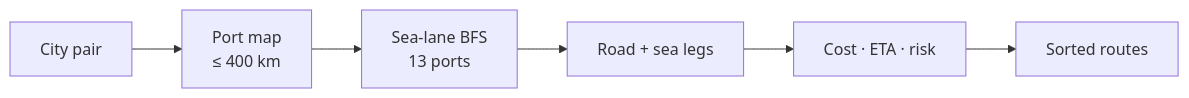
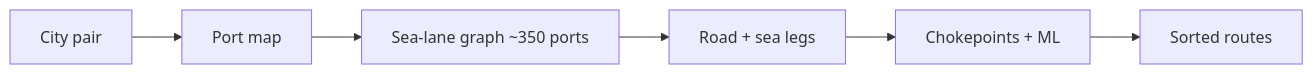
The fifth of 6 diagrams in README.md (kvb1201/LogiFlow-Solution-Challenge-2026), drawn with Mermaid before and after one commit. The commit also changed other lines of this file and 33 other files, not shown here.

First line of the commit message:
Refactor implementation documentation and update platform architecture

````diff
--- a/README.md
+++ b/README.md
@@ -203,8 +213,8 @@
 ```mermaid
 flowchart LR
-    A["City pair"] --> B["Port map\n≤ 400 km"]
-    B --> C["Sea-lane BFS\n13 ports"]
+    A["City pair"] --> B["Port map"]
+    B --> C["Sea-lane graph ~350 ports"]
     C --> D["Road + sea legs"]
-    D --> E["Cost · ETA · risk"]
+    D --> E["Chokepoints + ML"]
     E --> F["Sorted routes"]
 ```
````
